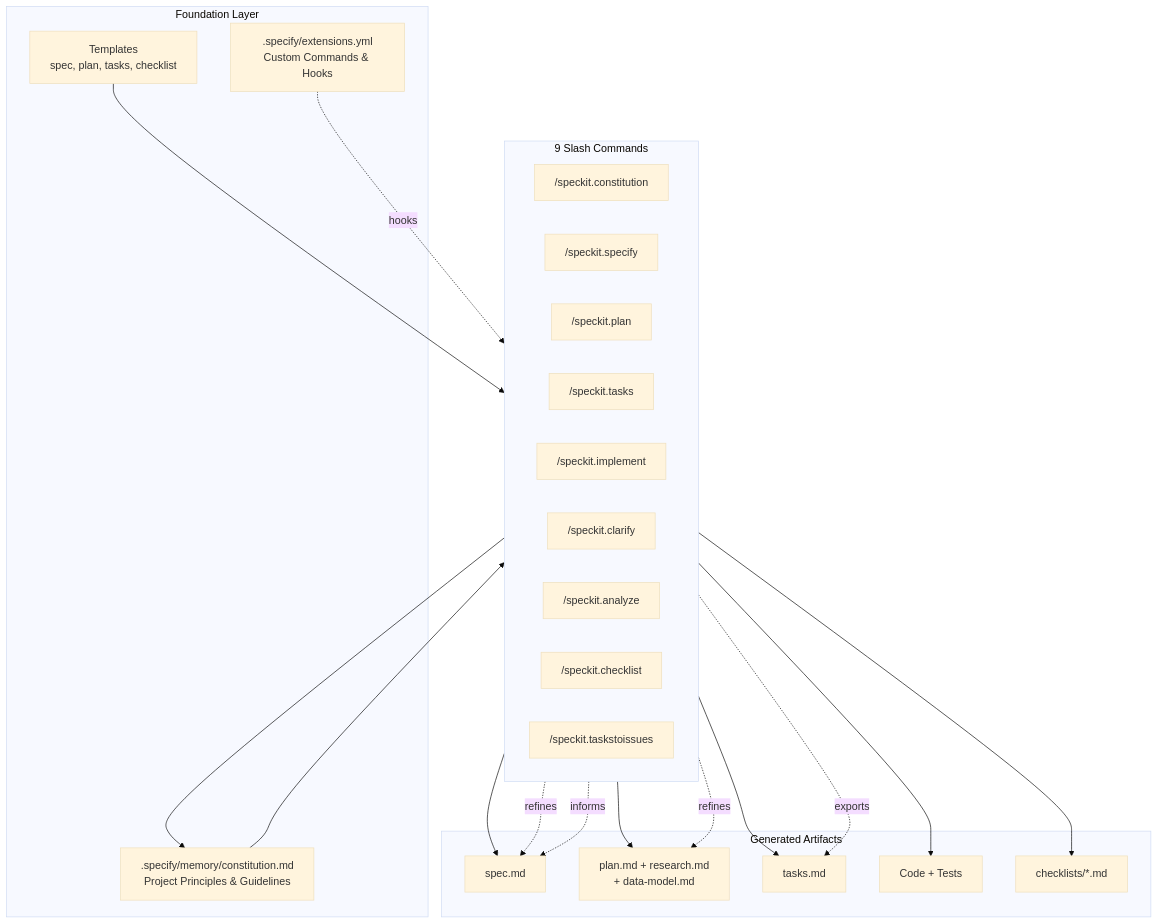
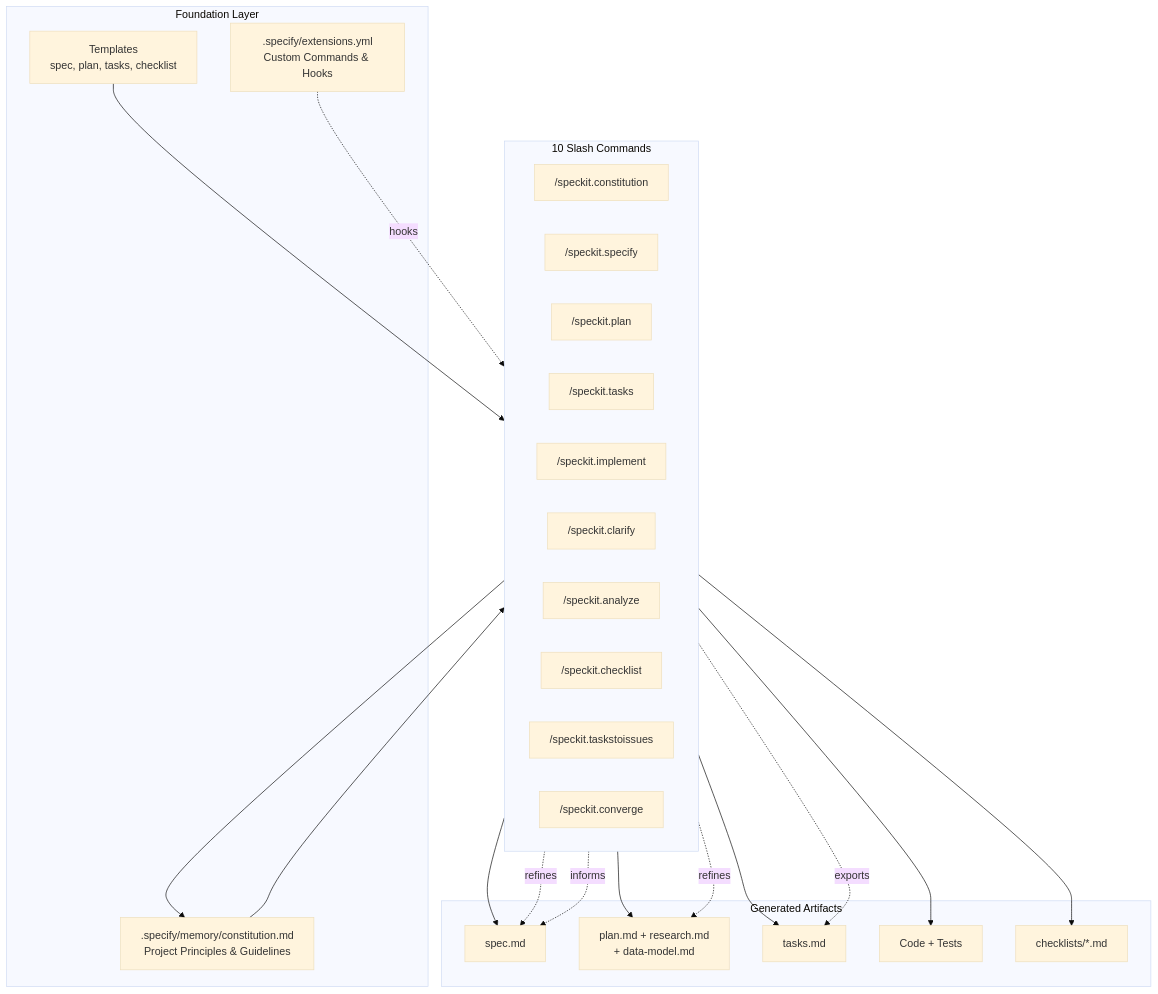
One commit to oakoliver/specify-cli changed the first of 2 diagrams in README.md. Above: the diagram before and after it, drawn with Mermaid (base theme). The commit also changed other lines of this file and 397 other files, not shown here.

````diff
--- a/README.md
+++ b/README.md
@@ -37,45 +43,46 @@
 ```mermaid
 flowchart TB
     subgraph Foundation["Foundation Layer"]
         CONST[".specify/memory/constitution.md<br/>Project Principles & Guidelines"]
         TEMPLATES["Templates<br/>spec, plan, tasks, checklist"]
         EXTENSIONS[".specify/extensions.yml<br/>Custom Commands & Hooks"]
     end
 
-    subgraph Commands["9 Slash Commands"]
+    subgraph Commands["10 Slash Commands"]
         direction LR
         CONSTITUTION["/speckit.constitution"]
         SPECIFY["/speckit.specify"]
         PLAN["/speckit.plan"]
         TASKS["/speckit.tasks"]
         IMPLEMENT["/speckit.implement"]
         CLARIFY["/speckit.clarify"]
         ANALYZE["/speckit.analyze"]
         CHECKLIST["/speckit.checklist"]
         ISSUES["/speckit.taskstoissues"]
+        CONVERGE["/speckit.converge"]
     end
 
     subgraph Artifacts["Generated Artifacts"]
         SPEC["spec.md"]
         PLANMD["plan.md + research.md<br/>+ data-model.md"]
         TASKSMD["tasks.md"]
         CODE["Code + Tests"]
         CHECKS["checklists/*.md"]
     end
 
     CONST --> Commands
     TEMPLATES --> Commands
     EXTENSIONS -.->|hooks| Commands
 
     CONSTITUTION --> CONST
     SPECIFY --> SPEC
     PLAN --> PLANMD
     TASKS --> TASKSMD
     IMPLEMENT --> CODE
     CHECKLIST --> CHECKS
 
     CLARIFY -.->|refines| SPEC
     CLARIFY -.->|refines| PLANMD
     ANALYZE -.->|informs| SPEC
     ISSUES -.->|exports| TASKSMD
 ```
````
